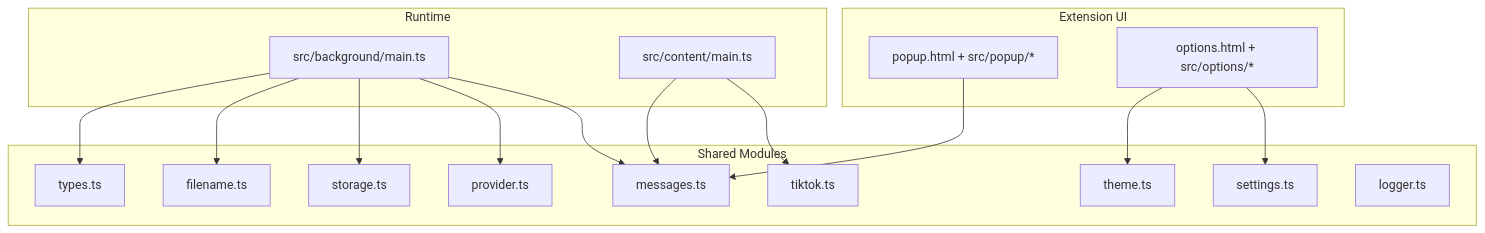
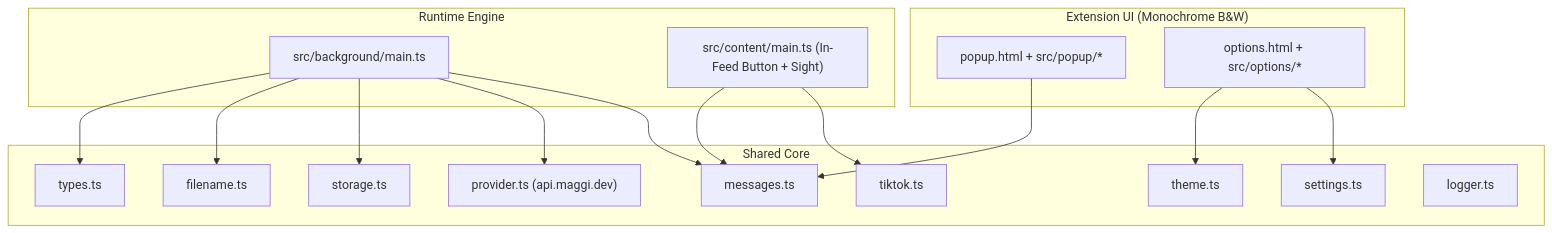
The third of 3 diagrams in README.md (N0tMaggi/maggi-media-downloader), drawn with Mermaid before and after one commit. The commit also changed other lines of this file and 5 other files, not shown here.

````diff
--- a/README.md
+++ b/README.md
@@ -69,35 +79,35 @@
 ```mermaid
 flowchart TD
-    subgraph UI["Extension UI"]
+    subgraph UI["Extension UI (Monochrome B&W)"]
         Popup["popup.html + src/popup/*"]
         Options["options.html + src/options/*"]
     end
 
-    subgraph Runtime["Runtime"]
+    subgraph Runtime["Runtime Engine"]
         Background["src/background/main.ts"]
-        Content["src/content/main.ts"]
+        Content["src/content/main.ts (In-Feed Button + Sight)"]
     end
 
-    subgraph Shared["Shared Modules"]
+    subgraph Shared["Shared Core"]
         Messages["messages.ts"]
-        Provider["provider.ts"]
+        Provider["provider.ts (api.maggi.dev)"]
         Storage["storage.ts"]
         TikTok["tiktok.ts"]
         Theme["theme.ts"]
         Files["filename.ts"]
         Types["types.ts"]
         Settings["settings.ts"]
         Logger["logger.ts"]
     end
 
     Popup --> Messages
     Options --> Settings
     Options --> Theme
     Content --> TikTok
     Content --> Messages
     Background --> Messages
     Background --> Provider
     Background --> Storage
     Background --> Files
     Background --> Types
 ```
````
